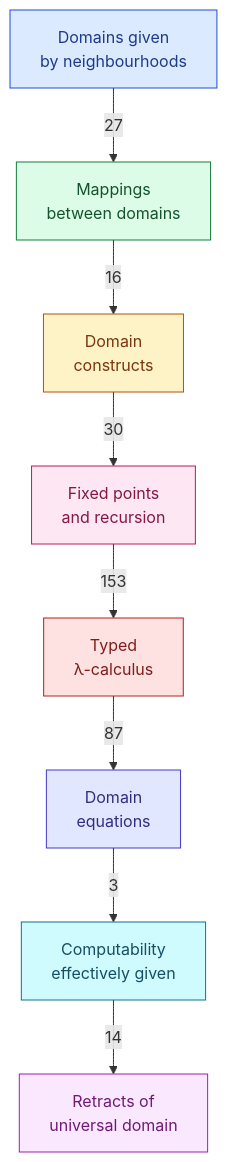
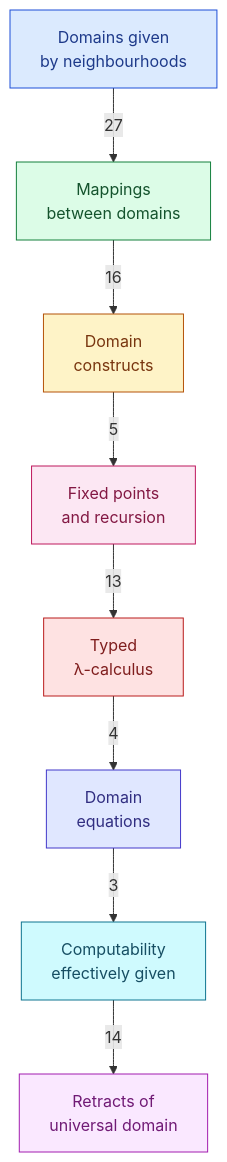
Before and after one commit to catskillsresearch/DomainTheory: the diagram in DomainTheory/NeighbourhoodSystems/1980_Neighborhood.mermaid, drawn with Mermaid. The commit also changed 84 other files, not shown here.

```diff
--- a/DomainTheory/NeighbourhoodSystems/1980_Neighborhood.mermaid
+++ b/DomainTheory/NeighbourhoodSystems/1980_Neighborhood.mermaid
@@ -1,43 +1,41 @@
 %% Each box is one section. The arrowhead is on the section that imports.
 %% An arrow already implied by a longer path is omitted.
 %% The label is the number of direct import lines.
 %% The introduction has no Lean file, so it has no arrow.
 %%{init: {"flowchart": {"wrappingWidth": 2000}}}%%
-flowchart TB
+flowchart TD
 
   DOM["Domains given<br>by neighbourhoods"]
   MAP["Mappings<br>between domains"]
   CON["Domain<br>constructs"]
   FIX["Fixed points<br>and recursion"]
   LAM["Typed<br>λ-calculus"]
   EQ["Domain<br>equations"]
   COMP["Computability<br>effectively given"]
   RET["Retracts of<br>universal domain"]
 
+  DOM -->|"27"| MAP
+  MAP -->|"16"| CON
+  CON -->|"5"| FIX
+  FIX -->|"13"| LAM
+  LAM -->|"4"| EQ
+  EQ -->|"3"| COMP
   COMP -->|"14"| RET
-  CON -->|"30"| FIX
-  DOM -->|"27"| MAP
-  EQ -->|"3"| COMP
-  FIX -->|"153"| LAM
-  LAM -->|"87"| EQ
-  MAP -->|"16"| CON
 
-  classDef c0 fill:#f1f5f9,stroke:#64748b,color:#0f172a
   classDef c1 fill:#dbeafe,stroke:#1d4ed8,color:#1e3a8a
   classDef c2 fill:#dcfce7,stroke:#15803d,color:#14532d
   classDef c3 fill:#fef3c7,stroke:#b45309,color:#78350f
   classDef c4 fill:#fce7f3,stroke:#be185d,color:#831843
   classDef c5 fill:#fee2e2,stroke:#b91c1c,color:#7f1d1d
   classDef c6 fill:#e0e7ff,stroke:#4338ca,color:#312e81
   classDef c7 fill:#cffafe,stroke:#0e7490,color:#164e63
   classDef c8 fill:#fae8ff,stroke:#a21caf,color:#701a75
 
-  class INTRO c0
   class DOM c1
   class MAP c2
   class CON c3
   class FIX c4
   class LAM c5
   class EQ c6
   class COMP c7
   class RET c8
```
